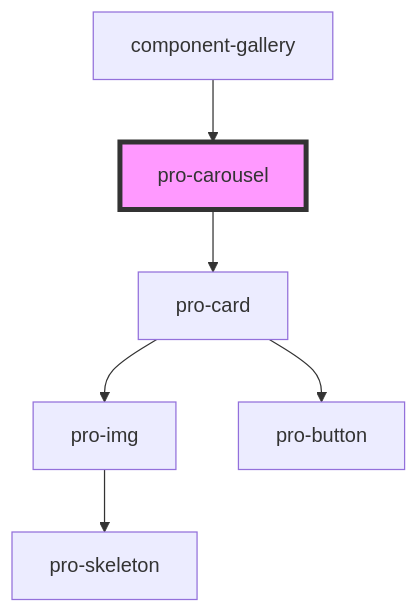
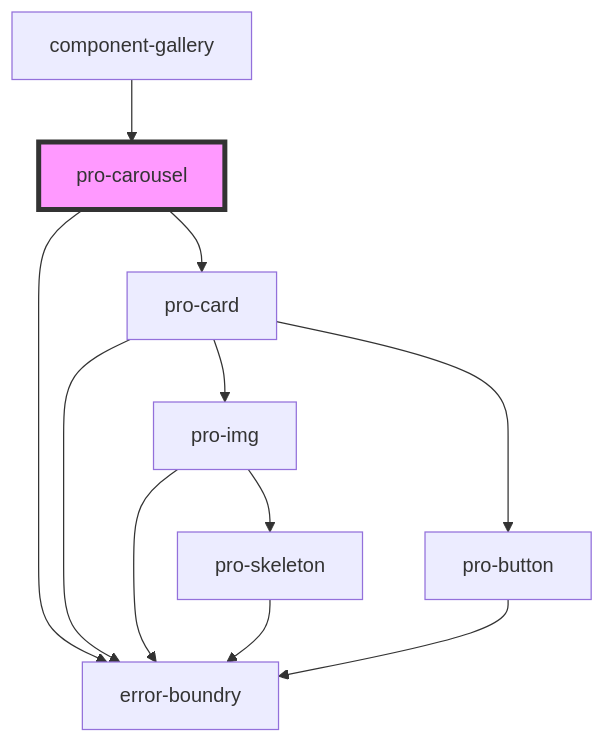
One commit to aab1dh/pro changed the diagram in src/atoms/carousel/readme.md. Above: the diagram before and after it, drawn with Mermaid. The commit also changed other lines of this file and 15 other files, not shown here.

````diff
--- a/src/atoms/carousel/readme.md
+++ b/src/atoms/carousel/readme.md
@@ -19,9 +20,14 @@
 ```mermaid
 graph TD;
+  pro-carousel --> error-boundry
   pro-carousel --> pro-card
+  pro-card --> error-boundry
   pro-card --> pro-img
   pro-card --> pro-button
+  pro-img --> error-boundry
   pro-img --> pro-skeleton
+  pro-skeleton --> error-boundry
+  pro-button --> error-boundry
   component-gallery --> pro-carousel
   style pro-carousel fill:#f9f,stroke:#333,stroke-width:4px
 ```
````
